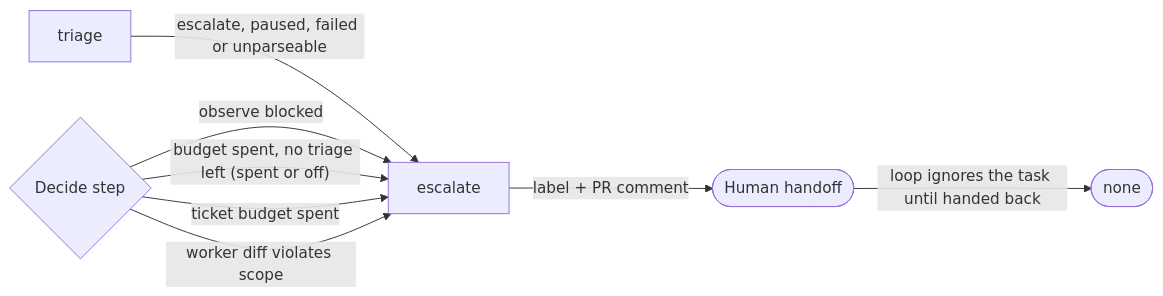
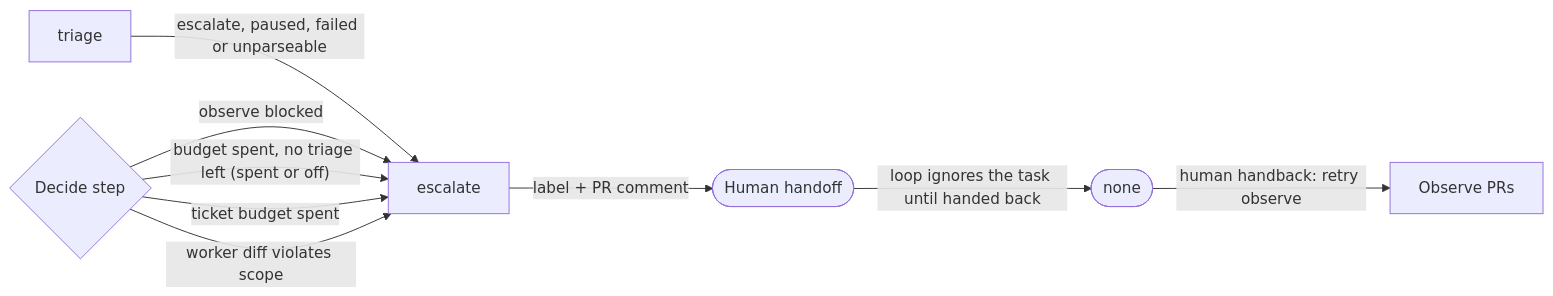
One commit to kehuydietlatoi/harness_orchestrator changed the tenth of 18 diagrams in docs/FLOWS.md. Above: the diagram before and after it, drawn with Mermaid. The commit also changed other lines of this file and 12 other files, not shown here.

Commit message:
fix: retry blocked observe on same SHA after human handback (#233)

````diff
--- a/docs/FLOWS.md
+++ b/docs/FLOWS.md
@@ -560,15 +563,17 @@
 ```mermaid
 flowchart LR
+    n42["Observe PRs"]
     n43{"Decide step"}
     n44(["none"])
     n54["triage"]
     n55["escalate"]
     n56(["Human handoff"])
   n43 -->|"observe blocked"| n55
   n54 -->|"escalate, paused, failed or unparseable"| n55
   n43 -->|"budget spent, no triage left (spent or off)"| n55
   n43 -->|"ticket budget spent"| n55
   n43 -->|"worker diff violates scope"| n55
   n55 -->|"label + PR comment"| n56
   n56 -->|"loop ignores the task until handed back"| n44
+  n44 -->|"human handback: retry observe"| n42
 ```
````
